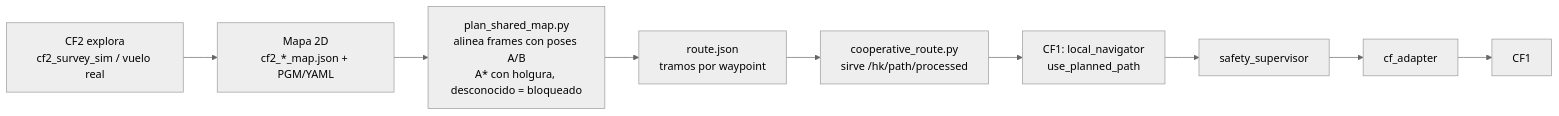
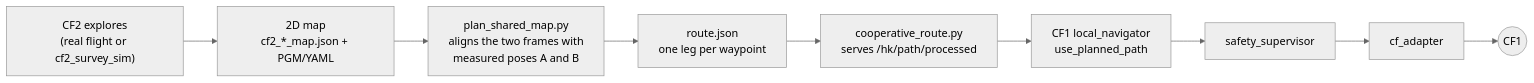
One commit to Comentario/mobile-robotics-hackathon-crazyflie changed the first of 3 diagrams in README.md. Above: the diagram before and after it, drawn with Mermaid (neutral theme). The commit also changed other lines of this file and 2 other files, not shown here.

````diff
--- a/README.md
+++ b/README.md
@@ -17,9 +47,9 @@
 ```mermaid
 flowchart LR
-  A[CF2 explora<br/>cf2_survey_sim / vuelo real] --> B[Mapa 2D<br/>cf2_*_map.json + PGM/YAML]
-  B --> C[plan_shared_map.py<br/>alinea frames con poses A/B<br/>A* con holgura, desconocido = bloqueado]
-  C --> D[route.json<br/>tramos por waypoint]
-  D --> E[cooperative_route.py<br/>sirve /hk/path/processed]
-  E --> F[CF1: local_navigator<br/>use_planned_path]
-  F --> G[safety_supervisor] --> H[cf_adapter] --> I[CF1]
+  A["CF2 explores<br/>(real flight or cf2_survey_sim)"] --> B["2D map<br/>cf2_*_map.json + PGM/YAML"]
+  B --> C["plan_shared_map.py<br/>aligns the two frames with<br/>measured poses A and B"]
+  C --> D["route.json<br/>one leg per waypoint"]
+  D --> E["cooperative_route.py<br/>serves /hk/path/processed"]
+  E --> F["CF1 local_navigator<br/>use_planned_path"]
+  F --> G[safety_supervisor] --> H[cf_adapter] --> I((CF1))
 ```
````
